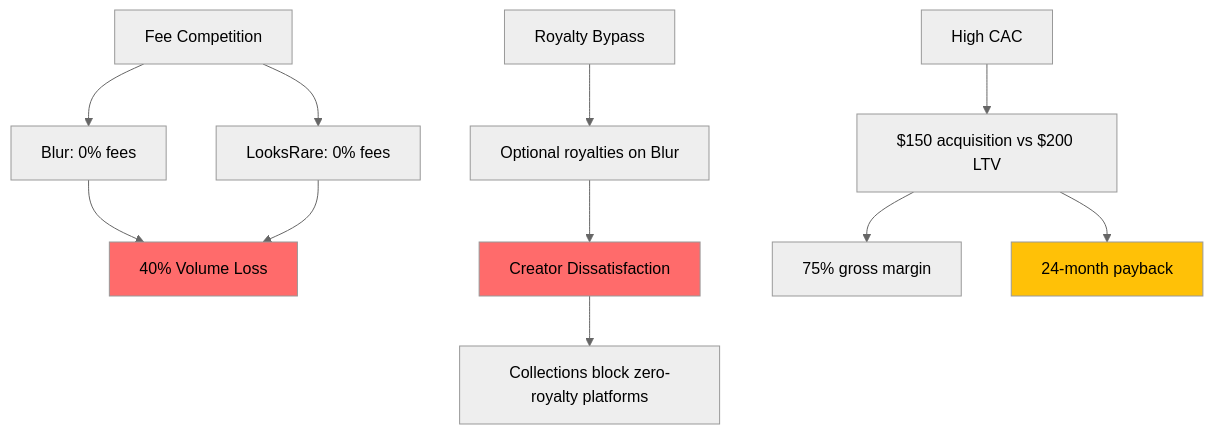
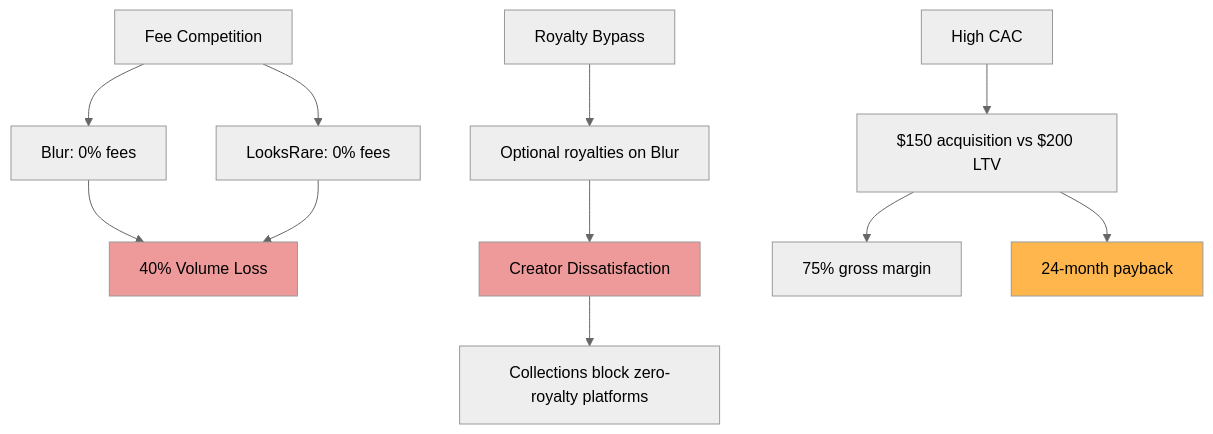
The sixth of 11 diagrams in Industry/Blockchain/Blockchain/ValueChain/QA_Perplexity.md (ljg-cqu/knowledge), drawn with Mermaid (neutral theme) before and after one commit. The commit also changed other lines of this file and 6 other files, not shown here.

````diff
--- a/Industry/Blockchain/Blockchain/ValueChain/QA_Perplexity.md
+++ b/Industry/Blockchain/Blockchain/ValueChain/QA_Perplexity.md
@@ -391,19 +391,19 @@
 ```mermaid
 graph TB
     P1[Fee Competition] --> P1A[Blur: 0% fees]
     P1 --> P1B[LooksRare: 0% fees]
     P1A --> L1[40% Volume Loss]
     P1B --> L1
     
     P2[Royalty Bypass] --> P2A[Optional royalties on Blur]
     P2A --> L2[Creator Dissatisfaction]
     L2 --> L2A[Collections block zero-royalty platforms]
     
     P3[High CAC] --> P3A[$150 acquisition vs $200 LTV]
     P3A --> L3[75% gross margin]
     P3A --> L3B[24-month payback]
     
-    style L1 fill:#ff6b6b
-    style L2 fill:#ff6b6b
-    style L3B fill:#FFC107
+    style L1 fill:#EF9A9A
+    style L2 fill:#EF9A9A
+    style L3B fill:#FFB74D
 ```
````
